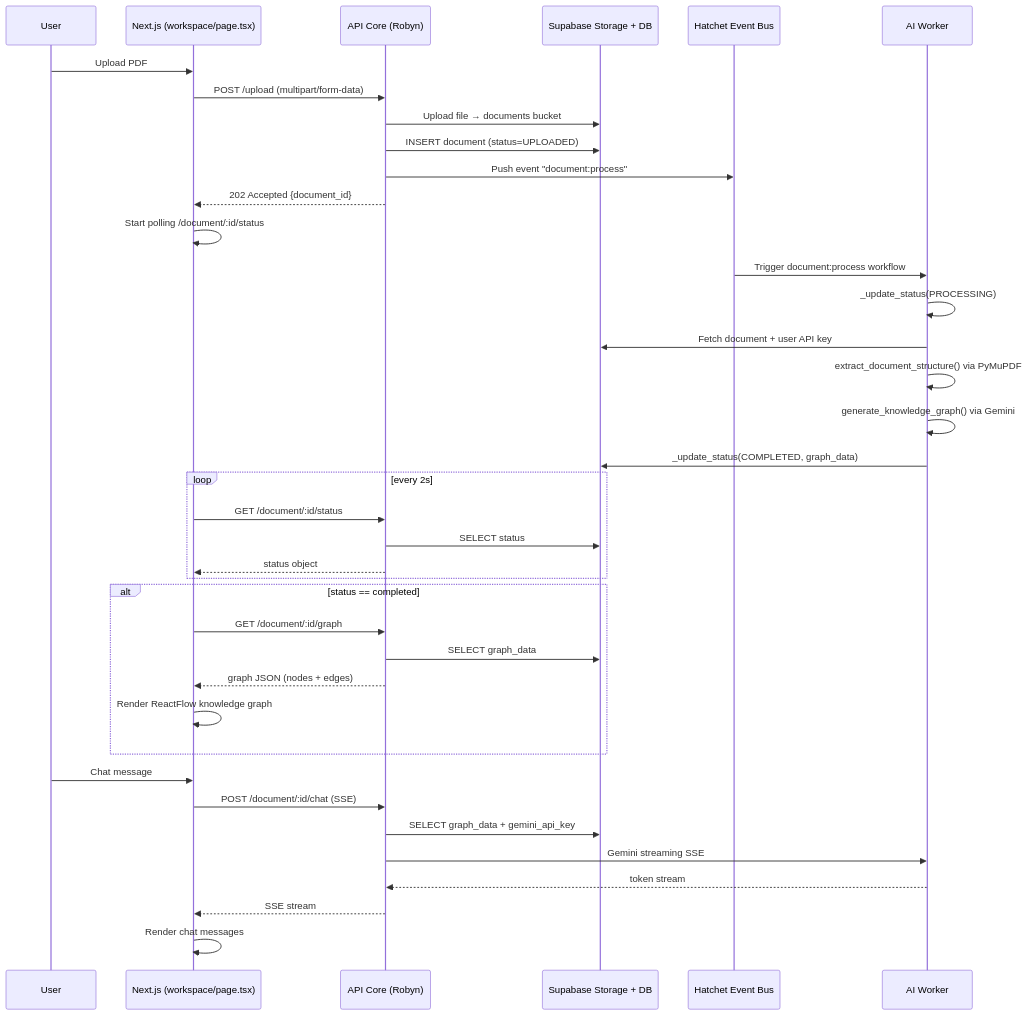
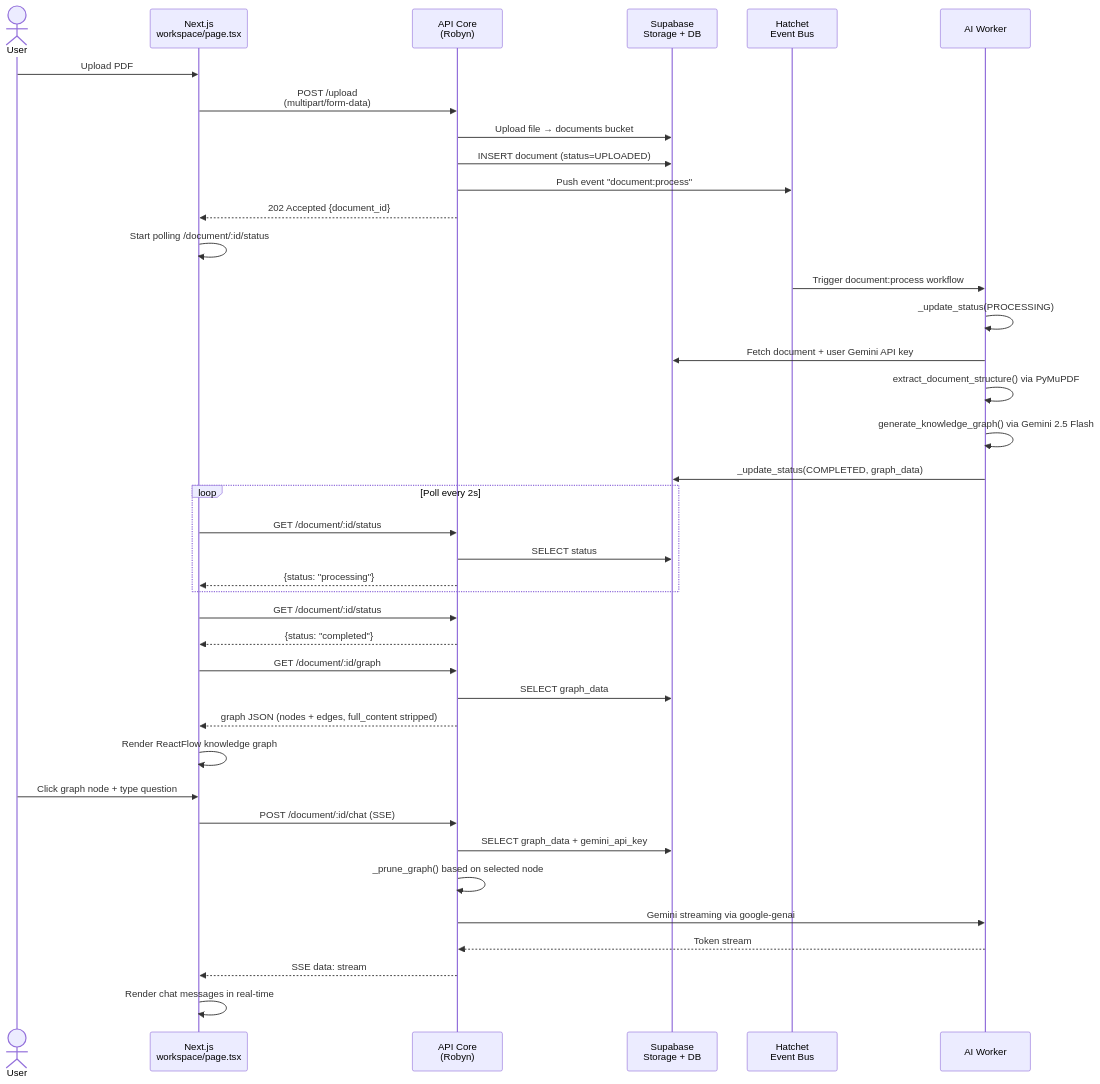
One commit to Sane219/OmniVault changed the second of 4 diagrams in docs/architecture.md. Above: the diagram before and after it, drawn with Mermaid. The commit also changed other lines of this file and 9 other files, not shown here.

Commit message:
fix: move startPollingFallback before connectWs to fix block-scoped variable error

````diff
--- a/docs/architecture.md
+++ b/docs/architecture.md
@@ -86,45 +94,46 @@
 ```mermaid
 sequenceDiagram
-    participant User
-    participant Frontend as Next.js (workspace/page.tsx)
-    participant API as API Core (Robyn)
-    participant Supabase as Supabase Storage + DB
-    participant Hatchet as Hatchet Event Bus
-    participant Worker as AI Worker
+    actor User
+    participant FE as Next.js<br/>workspace/page.tsx
+    participant API as API Core<br/>(Robyn)
+    participant SB as Supabase<br/>Storage + DB
+    participant H as Hatchet<br/>Event Bus
+    participant W as AI Worker
 
-    User->>Frontend: Upload PDF
-    Frontend->>API: POST /upload (multipart/form-data)
-    API->>Supabase: Upload file → documents bucket
-    API->>Supabase: INSERT document (status=UPLOADED)
-    API->>Hatchet: Push event "document:process"
-    API-->>Frontend: 202 Accepted {document_id}
-    Frontend->>Frontend: Start polling /document/:id/status
+    User->>FE: Upload PDF
+    FE->>API: POST /upload<br/>(multipart/form-data)
+    API->>SB: Upload file → documents bucket
+    API->>SB: INSERT document (status=UPLOADED)
+    API->>H: Push event "document:process"
+    API-->>FE: 202 Accepted {document_id}
+    FE->>FE: Start polling /document/:id/status
 
-    Hatchet->>Worker: Trigger document:process workflow
-    Worker->>Worker: _update_status(PROCESSING)
-    Worker->>Supabase: Fetch document + user API key
-    Worker->>Worker: extract_document_structure() via PyMuPDF
-    Worker->>Worker: generate_knowledge_graph() via Gemini
-    Worker->>Supabase: _update_status(COMPLETED, graph_data)
+    H->>W: Trigger document:process workflow
+    W->>W: _update_status(PROCESSING)
+    W->>SB: Fetch document + user Gemini API key
+    W->>W: extract_document_structure() via PyMuPDF
+    W->>W: generate_knowledge_graph() via Gemini 2.5 Flash
+    W->>SB: _update_status(COMPLETED, graph_data)
 
-    loop every 2s
-        Frontend->>API: GET /document/:id/status
-        API->>Supabase: SELECT status
-        API-->>Frontend: status object
+    loop Poll every 2s
+        FE->>API: GET /document/:id/status
+        API->>SB: SELECT status
+        API-->>FE: {status: "processing"}
     end
 
-    alt status == completed
-        Frontend->>API: GET /document/:id/graph
-        API->>Supabase: SELECT graph_data
-        API-->>Frontend: graph JSON (nodes + edges)
-        Frontend->>Frontend: Render ReactFlow knowledge graph
-    end
+    FE->>API: GET /document/:id/status
+    API-->>FE: {status: "completed"}
+    FE->>API: GET /document/:id/graph
+    API->>SB: SELECT graph_data
+    API-->>FE: graph JSON (nodes + edges, full_content stripped)
+    FE->>FE: Render ReactFlow knowledge graph
 
-    User->>Frontend: Chat message
-    Frontend->>API: POST /document/:id/chat (SSE)
-    API->>Supabase: SELECT graph_data + gemini_api_key
-    API->>Worker: Gemini streaming SSE
-    Worker-->>API: token stream
-    API-->>Frontend: SSE stream
-    Frontend->>Frontend: Render chat messages
+    User->>FE: Click graph node + type question
+    FE->>API: POST /document/:id/chat (SSE)
+    API->>SB: SELECT graph_data + gemini_api_key
+    API->>API: _prune_graph() based on selected node
+    API->>W: Gemini streaming via google-genai
+    W-->>API: Token stream
+    API-->>FE: SSE data: stream
+    FE->>FE: Render chat messages in real-time
 ```
````
